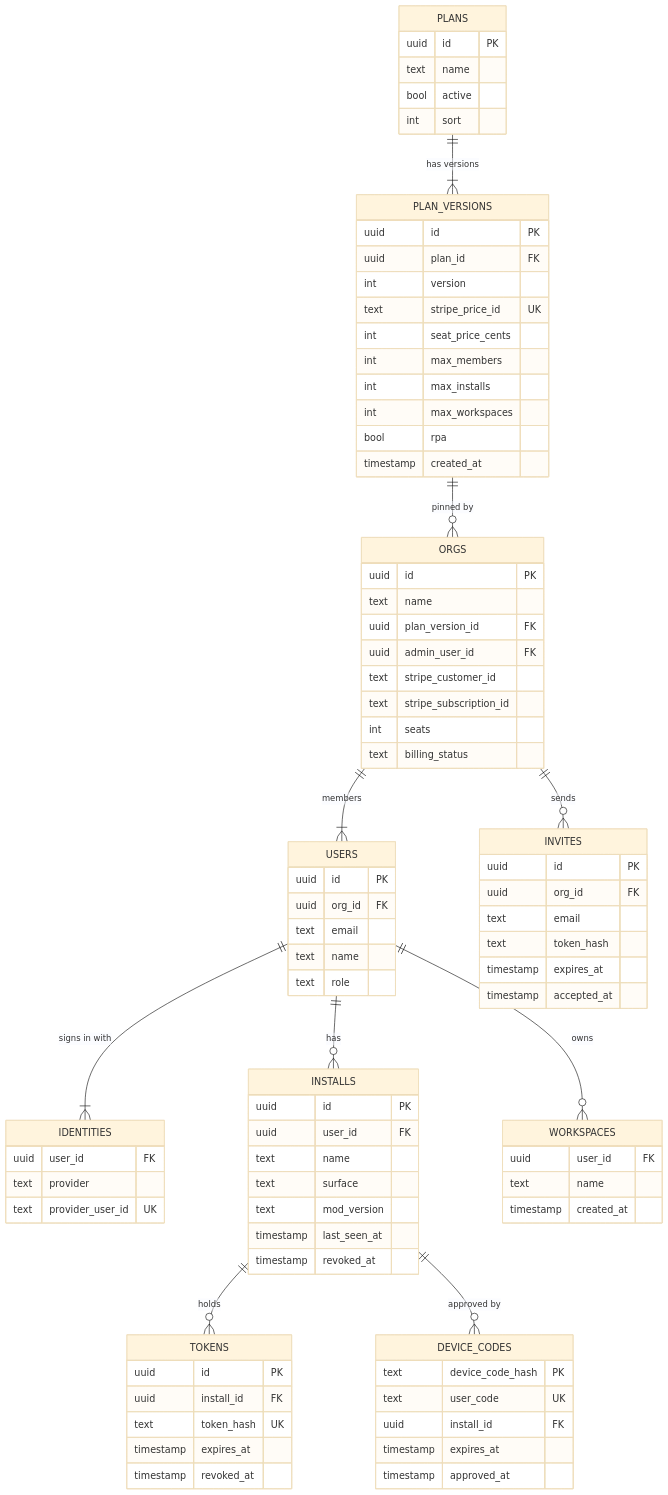
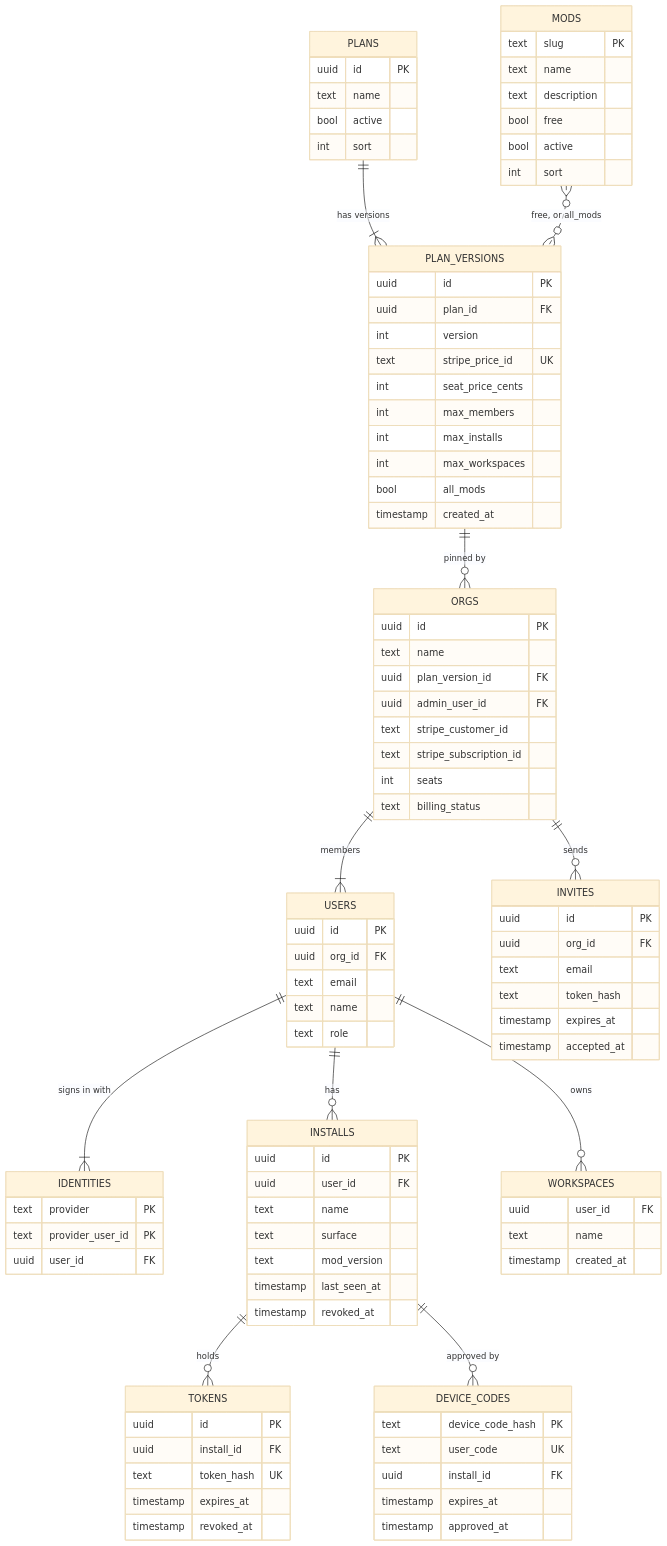
The second of 2 diagrams in docs/architecture.md (glyphh-ai/server), drawn with Mermaid (base theme) before and after one commit. The commit also changed other lines of this file and 4 other files, not shown here.

First line of the commit message:
Architecture: Glyphh makes mods for Claude (Chris, 2026-10-14)

```diff
--- a/docs/architecture.md
+++ b/docs/architecture.md
@@ -166,6 +227,7 @@
     USERS ||--o{ WORKSPACES : "owns"
     INSTALLS ||--o{ TOKENS : "holds"
     INSTALLS ||--o{ DEVICE_CODES : "approved by"
+    MODS }o..o{ PLAN_VERSIONS : "free, or all_mods"
     PLANS {
         uuid id PK
         text name
@@ -181,8 +243,16 @@
         int max_members
         int max_installs
         int max_workspaces
-        bool rpa
+        bool all_mods
         timestamp created_at
+    }
+    MODS {
+        text slug PK
+        text name
+        text description
+        bool free
+        bool active
+        int sort
     }
     ORGS {
         uuid id PK
@@ -202,9 +272,9 @@
         text role
     }
     IDENTITIES {
+        text provider PK
+        text provider_user_id PK
         uuid user_id FK
-        text provider
-        text provider_user_id UK
     }
     INVITES {
         uuid id PK
```
